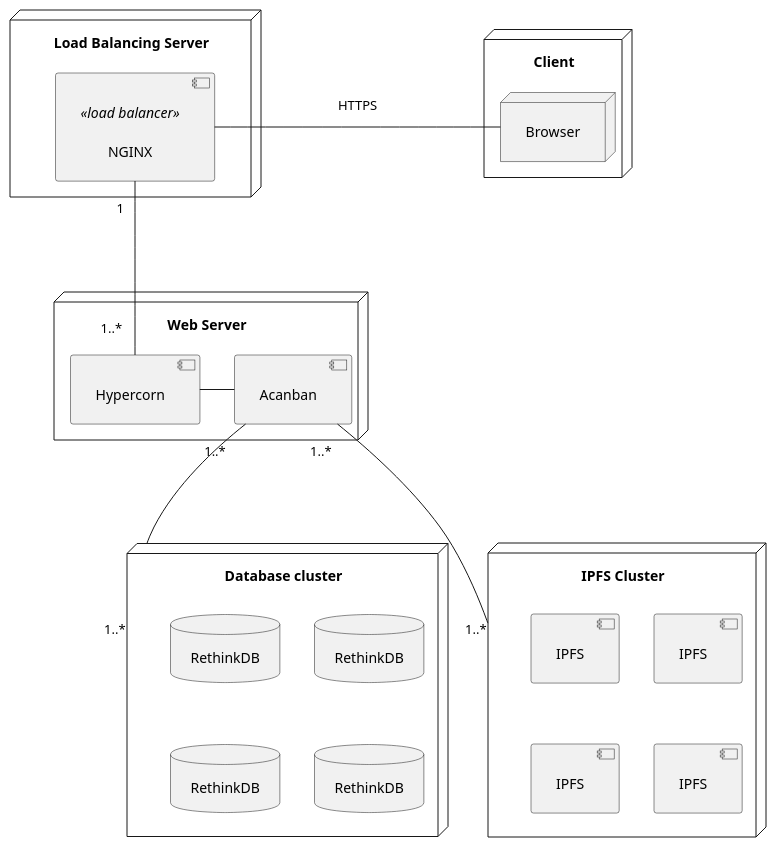
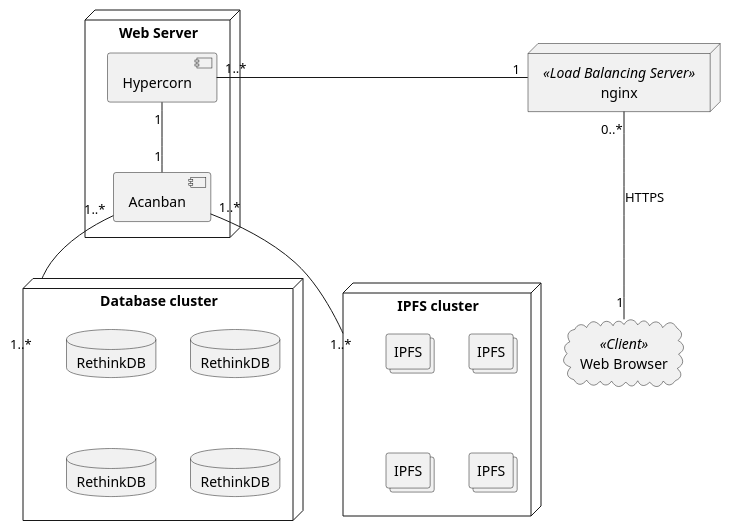
The diagram in docs/source/meth/arch-alt.puml (Huy-Ngo/acanban), drawn with PlantUML before and after one commit. The commit also changed 4 other files, not shown here.

```diff
--- a/docs/source/meth/arch-alt.puml
+++ b/docs/source/meth/arch-alt.puml
@@ -1,38 +1,29 @@
 @startuml
-skinparam Padding 10
-
-node Client {
-   node Browser
-}
-
-node "Load Balancing Server" {
-component NGINX as nginx <<load balancer>>
-}
+cloud "Web Browser" as Browser << Client >>
+node nginx << Load Balancing Server >>
 
 node "Web Server" as server {
    component Acanban as acanban
    component Hypercorn as hypercorn
 }
 
 node "Database cluster" as db {
    database "RethinkDB" as r_1
    database "RethinkDB" as r_2
    database "RethinkDB" as r_3
    database "RethinkDB" as r_4
 }
 
-node "IPFS Cluster" as ipfs {
-   component "IPFS" as i_1
-   component "IPFS" as i_2
-   component "IPFS" as i_3
-   component "IPFS" as i_4
+node "IPFS cluster" as ipfs {
+   collections "IPFS" as i_1
+   collections "IPFS" as i_2
+   collections "IPFS" as i_3
+   collections "IPFS" as i_4
 }
 
-Browser -[norank]- nginx: HTTPS
-
-nginx "1" --- "1..*" hypercorn
-
-hypercorn - acanban
-acanban "1..*" --- "1..*" db
-acanban "1..*" --- "1..*" ipfs
+nginx "0..*" --- "1" Browser : HTTPS
+nginx "1" -[norank]- "1..*" hypercorn
+hypercorn "1" -- "1" acanban
+acanban "1..*" -- "1..*" db
+acanban "1..*" -- "1..*" ipfs
 @enduml
```
